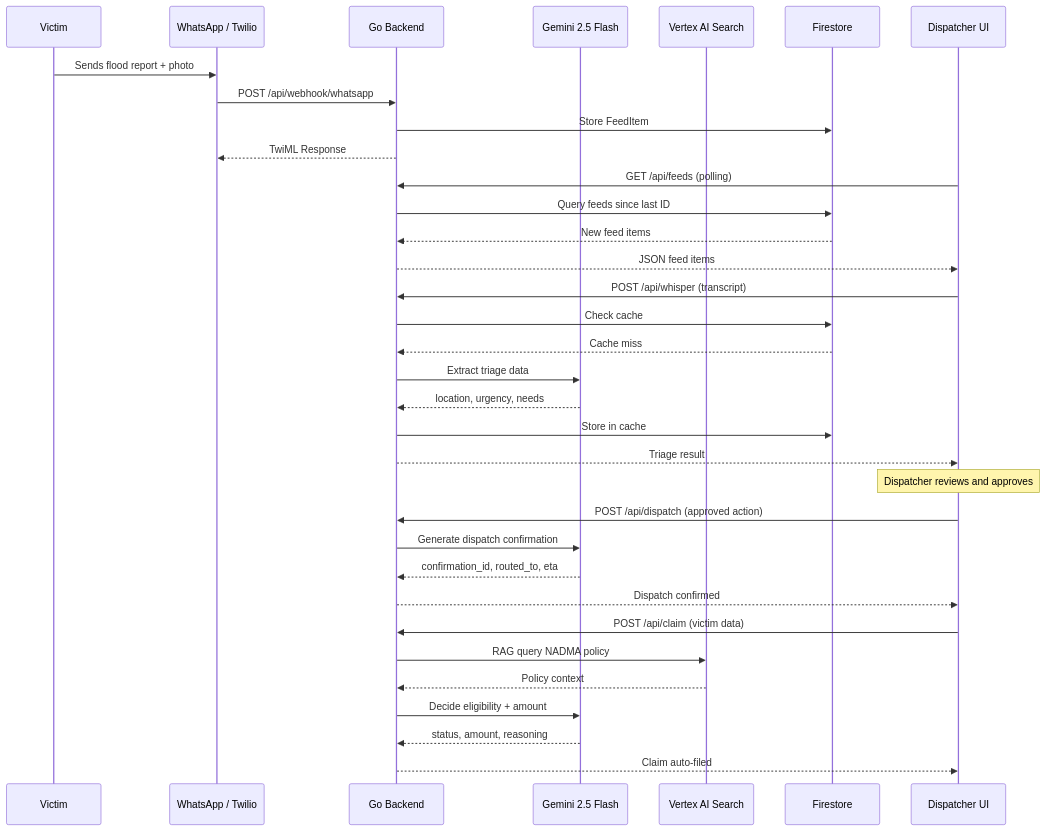
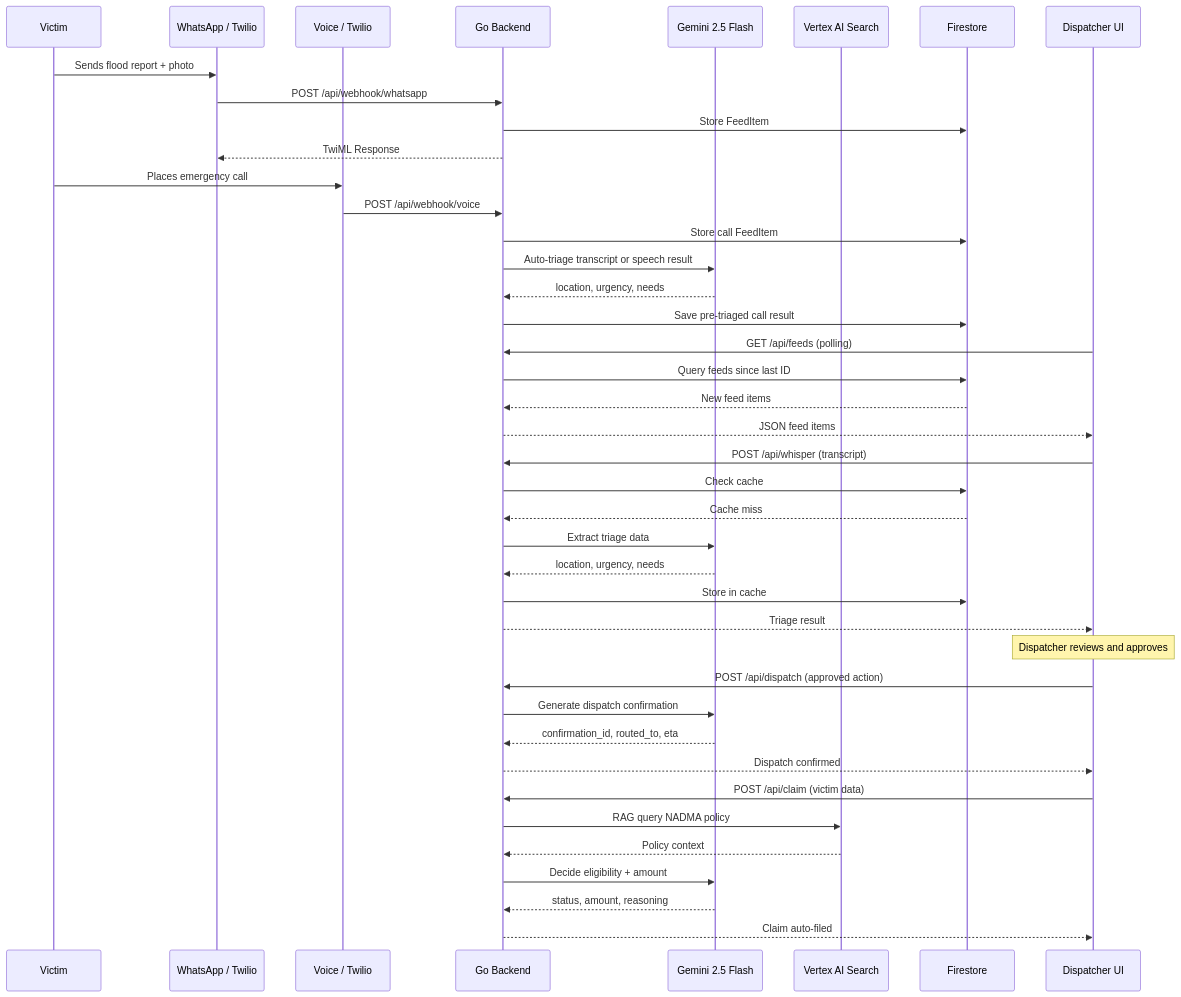
Before and after one commit to Xinnan-Alex/floodguard-copilot: the second of 3 diagrams in README.md, drawn with Mermaid. The commit also changed other lines of this file and 9 other files, not shown here.

````diff
--- a/README.md
+++ b/README.md
@@ -88,42 +92,50 @@
 ```mermaid
 sequenceDiagram
     participant V as Victim
     participant WA as WhatsApp / Twilio
+    participant VO as Voice / Twilio
     participant BE as Go Backend
     participant G as Gemini 2.5 Flash
     participant VAS as Vertex AI Search
     participant FS as Firestore
     participant UI as Dispatcher UI
 
     V->>WA: Sends flood report + photo
     WA->>BE: POST /api/webhook/whatsapp
     BE->>FS: Store FeedItem
     BE-->>WA: TwiML Response
+
+    V->>VO: Places emergency call
+    VO->>BE: POST /api/webhook/voice
+    BE->>FS: Store call FeedItem
+    BE->>G: Auto-triage transcript or speech result
+    G-->>BE: location, urgency, needs
+    BE->>FS: Save pre-triaged call result
 
     UI->>BE: GET /api/feeds (polling)
     BE->>FS: Query feeds since last ID
     FS-->>BE: New feed items
     BE-->>UI: JSON feed items
 
     UI->>BE: POST /api/whisper (transcript)
     BE->>FS: Check cache
     FS-->>BE: Cache miss
     BE->>G: Extract triage data
     G-->>BE: location, urgency, needs
     BE->>FS: Store in cache
     BE-->>UI: Triage result
 
     Note over UI: Dispatcher reviews and approves
 
     UI->>BE: POST /api/dispatch (approved action)
     BE->>G: Generate dispatch confirmation
     G-->>BE: confirmation_id, routed_to, eta
     BE-->>UI: Dispatch confirmed
 
     UI->>BE: POST /api/claim (victim data)
     BE->>VAS: RAG query NADMA policy
     VAS-->>BE: Policy context
     BE->>G: Decide eligibility + amount
     G-->>BE: status, amount, reasoning
     BE-->>UI: Claim auto-filed
 ```
````
